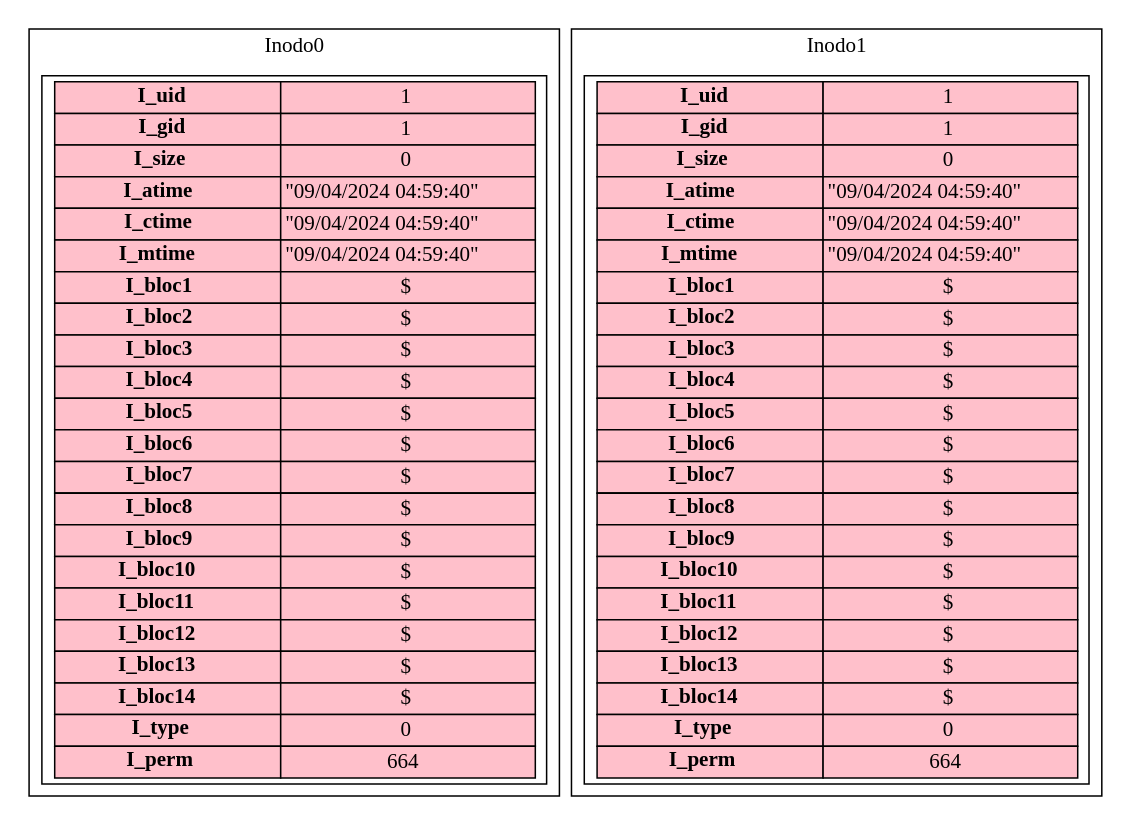
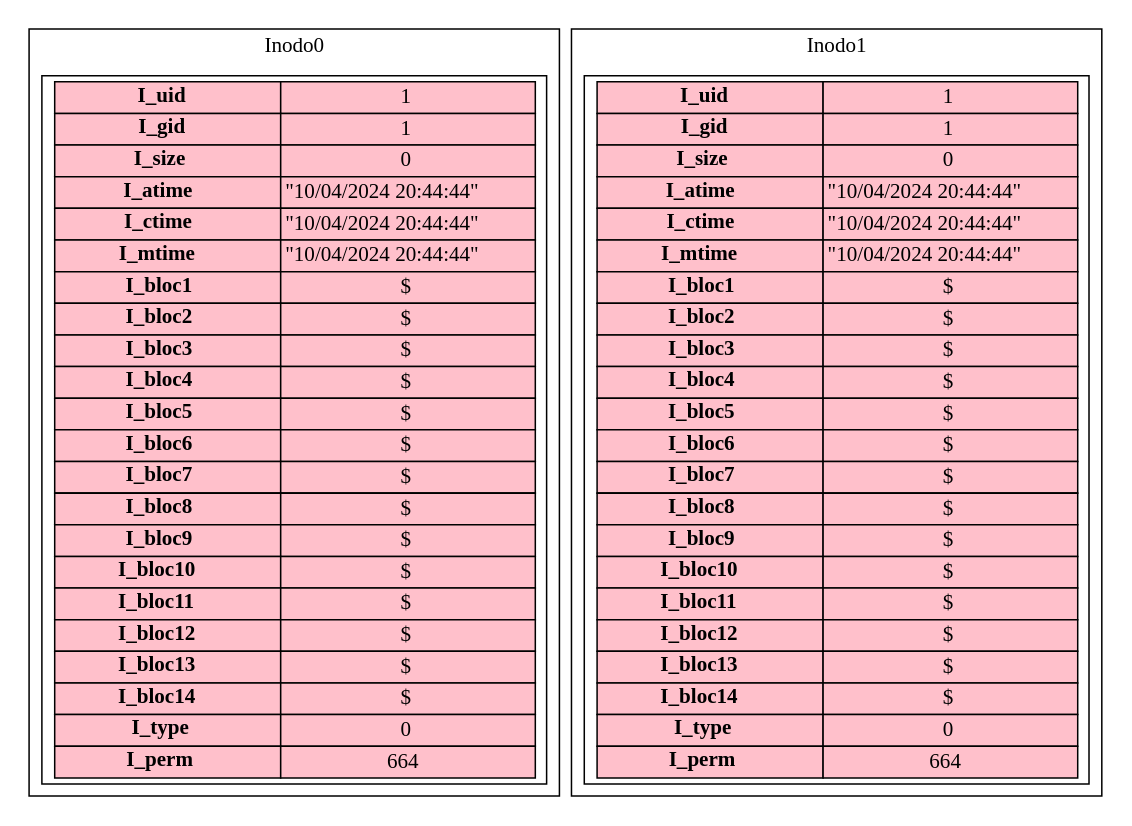
One commit to NatalyDuarte/MIA_P2_202001570 changed the diagram in Backend/Inodo.dot. Above: the diagram before and after it, drawn with Graphviz. The commit also changed 39 other files, not shown here.

```diff
--- a/Backend/Inodo.dot
+++ b/Backend/Inodo.dot
@@ -1,56 +1,56 @@
 digraph G{
 subgraph cluster_0{
  label="Inodo0"
 tbl_0[shape=box, label=<
 <table border='0' cellborder='1' cellspacing='0'  width='300' height='160' >
 <tr><td width='150' bgcolor="pink"><b>I_uid</b></td><td width='150' bgcolor="pink">1</td></tr>
 <tr><td width='150' bgcolor="pink"><b>I_gid</b></td><td width='150' bgcolor="pink">1</td></tr>
 <tr><td width='150' bgcolor="pink"><b>I_size</b></td><td width='150' bgcolor="pink">0</td></tr>
-<tr><td width='150' bgcolor="pink"><b>I_atime</b></td><td width='150' bgcolor="pink">"09/04/2024 04:59:40"</td></tr>
-<tr><td width='150' bgcolor="pink"><b>I_ctime</b></td><td width='150' bgcolor="pink">"09/04/2024 04:59:40"</td></tr>
-<tr><td width='150' bgcolor="pink"><b>I_mtime</b></td><td width='150' bgcolor="pink">"09/04/2024 04:59:40"</td></tr>
+<tr><td width='150' bgcolor="pink"><b>I_atime</b></td><td width='150' bgcolor="pink">"10/04/2024 20:44:44"</td></tr>
+<tr><td width='150' bgcolor="pink"><b>I_ctime</b></td><td width='150' bgcolor="pink">"10/04/2024 20:44:44"</td></tr>
+<tr><td width='150' bgcolor="pink"><b>I_mtime</b></td><td width='150' bgcolor="pink">"10/04/2024 20:44:44"</td></tr>
 <tr>  <td width='150' bgcolor="pink"><b>I_bloc1</b></td><td width='150' bgcolor="pink">$</td>  </tr>
 <tr>  <td width='150' bgcolor="pink"><b>I_bloc2</b></td><td width='150' bgcolor="pink">$</td>  </tr>
 <tr>  <td width='150' bgcolor="pink"><b>I_bloc3</b></td><td width='150' bgcolor="pink">$</td>  </tr>
 <tr>  <td width='150' bgcolor="pink"><b>I_bloc4</b></td><td width='150' bgcolor="pink">$</td>  </tr>
 <tr>  <td width='150' bgcolor="pink"><b>I_bloc5</b></td><td width='150' bgcolor="pink">$</td>  </tr>
 <tr>  <td width='150' bgcolor="pink"><b>I_bloc6</b></td><td width='150' bgcolor="pink">$</td>  </tr>
 <tr>  <td width='150' bgcolor="pink"><b>I_bloc7</b></td><td width='150' bgcolor="pink">$</td>  </tr>
 <tr>  <td width='150' bgcolor="pink"><b>I_bloc8</b></td><td width='150' bgcolor="pink">$</td>  </tr>
 <tr>  <td width='150' bgcolor="pink"><b>I_bloc9</b></td><td width='150' bgcolor="pink">$</td>  </tr>
 <tr>  <td width='150' bgcolor="pink"><b>I_bloc10</b></td><td width='150' bgcolor="pink">$</td>  </tr>
 <tr>  <td width='150' bgcolor="pink"><b>I_bloc11</b></td><td width='150' bgcolor="pink">$</td>  </tr>
 <tr>  <td width='150' bgcolor="pink"><b>I_bloc12</b></td><td width='150' bgcolor="pink">$</td>  </tr>
 <tr>  <td width='150' bgcolor="pink"><b>I_bloc13</b></td><td width='150' bgcolor="pink">$</td>  </tr>
 <tr>  <td width='150' bgcolor="pink"><b>I_bloc14</b></td><td width='150' bgcolor="pink">$</td>  </tr>
 <tr><td width='150' bgcolor="pink"><b>I_type</b></td><td width='150' bgcolor="pink">0</td></tr>
 <tr><td width='150' bgcolor="pink"><b>I_perm</b></td><td width='150' bgcolor="pink">664</td></tr>
 </table>>];}
 subgraph cluster_1{
  label="Inodo1"
 tbl_1[shape=box, label=<
 <table border='0' cellborder='1' cellspacing='0'  width='300' height='160' >
 <tr><td width='150' bgcolor="pink"><b>I_uid</b></td><td width='150' bgcolor="pink">1</td></tr>
 <tr><td width='150' bgcolor="pink"><b>I_gid</b></td><td width='150' bgcolor="pink">1</td></tr>
 <tr><td width='150' bgcolor="pink"><b>I_size</b></td><td width='150' bgcolor="pink">0</td></tr>
-<tr><td width='150' bgcolor="pink"><b>I_atime</b></td><td width='150' bgcolor="pink">"09/04/2024 04:59:40"</td></tr>
-<tr><td width='150' bgcolor="pink"><b>I_ctime</b></td><td width='150' bgcolor="pink">"09/04/2024 04:59:40"</td></tr>
-<tr><td width='150' bgcolor="pink"><b>I_mtime</b></td><td width='150' bgcolor="pink">"09/04/2024 04:59:40"</td></tr>
+<tr><td width='150' bgcolor="pink"><b>I_atime</b></td><td width='150' bgcolor="pink">"10/04/2024 20:44:44"</td></tr>
+<tr><td width='150' bgcolor="pink"><b>I_ctime</b></td><td width='150' bgcolor="pink">"10/04/2024 20:44:44"</td></tr>
+<tr><td width='150' bgcolor="pink"><b>I_mtime</b></td><td width='150' bgcolor="pink">"10/04/2024 20:44:44"</td></tr>
 <tr>  <td width='150' bgcolor="pink"><b>I_bloc1</b></td><td width='150' bgcolor="pink">$</td>  </tr>
 <tr>  <td width='150' bgcolor="pink"><b>I_bloc2</b></td><td width='150' bgcolor="pink">$</td>  </tr>
 <tr>  <td width='150' bgcolor="pink"><b>I_bloc3</b></td><td width='150' bgcolor="pink">$</td>  </tr>
 <tr>  <td width='150' bgcolor="pink"><b>I_bloc4</b></td><td width='150' bgcolor="pink">$</td>  </tr>
 <tr>  <td width='150' bgcolor="pink"><b>I_bloc5</b></td><td width='150' bgcolor="pink">$</td>  </tr>
 <tr>  <td width='150' bgcolor="pink"><b>I_bloc6</b></td><td width='150' bgcolor="pink">$</td>  </tr>
 <tr>  <td width='150' bgcolor="pink"><b>I_bloc7</b></td><td width='150' bgcolor="pink">$</td>  </tr>
 <tr>  <td width='150' bgcolor="pink"><b>I_bloc8</b></td><td width='150' bgcolor="pink">$</td>  </tr>
 <tr>  <td width='150' bgcolor="pink"><b>I_bloc9</b></td><td width='150' bgcolor="pink">$</td>  </tr>
 <tr>  <td width='150' bgcolor="pink"><b>I_bloc10</b></td><td width='150' bgcolor="pink">$</td>  </tr>
 <tr>  <td width='150' bgcolor="pink"><b>I_bloc11</b></td><td width='150' bgcolor="pink">$</td>  </tr>
 <tr>  <td width='150' bgcolor="pink"><b>I_bloc12</b></td><td width='150' bgcolor="pink">$</td>  </tr>
 <tr>  <td width='150' bgcolor="pink"><b>I_bloc13</b></td><td width='150' bgcolor="pink">$</td>  </tr>
 <tr>  <td width='150' bgcolor="pink"><b>I_bloc14</b></td><td width='150' bgcolor="pink">$</td>  </tr>
 <tr><td width='150' bgcolor="pink"><b>I_type</b></td><td width='150' bgcolor="pink">0</td></tr>
 <tr><td width='150' bgcolor="pink"><b>I_perm</b></td><td width='150' bgcolor="pink">664</td></tr>
 </table>>];}
 }
```
